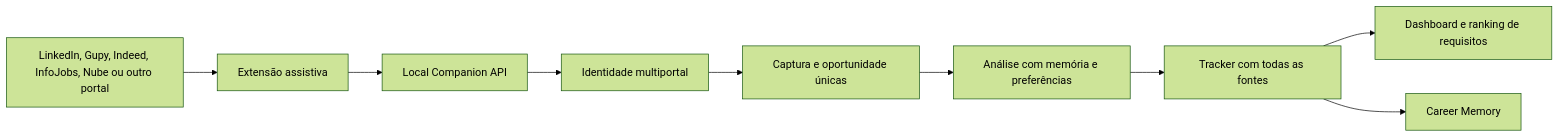
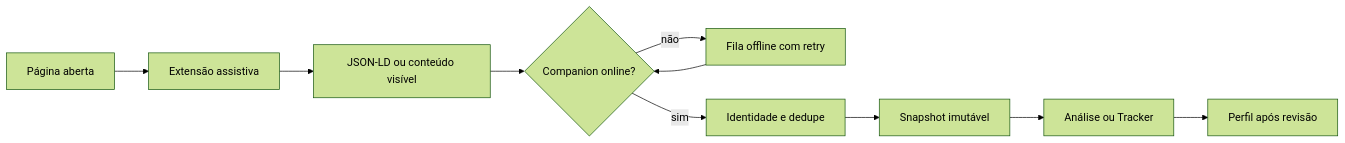
The fourth of 4 diagrams in docs/02-architecture/data-flow.md (Soturine/SotuHire), drawn with Mermaid (forest theme) before and after one commit. The commit also changed other lines of this file and 48 other files, not shown here.

Commit message:
docs(readme): publish complete product data and architecture guide

````diff
--- a/docs/02-architecture/data-flow.md
+++ b/docs/02-architecture/data-flow.md
@@ -187,11 +187,12 @@
 ```mermaid
 flowchart LR
-    A[LinkedIn, Gupy, Indeed, InfoJobs, Nube ou outro portal] --> B[Extensão assistiva]
-    B --> C[Local Companion API]
-    C --> D[Identidade multiportal]
-    D --> E[Captura e oportunidade únicas]
-    E --> F[Análise com memória e preferências]
-    F --> G[Tracker com todas as fontes]
-    G --> H[Dashboard e ranking de requisitos]
-    G --> I[Career Memory]
+    A[Página aberta] --> B[Extensão assistiva]
+    B --> C[JSON-LD ou conteúdo visível]
+    C --> D{Companion online?}
+    D -- não --> E[Fila offline com retry]
+    E --> D
+    D -- sim --> F[Identidade e dedupe]
+    F --> G[Snapshot imutável]
+    G --> H[Análise ou Tracker]
+    H --> I[Perfil após revisão]
 ```
````
